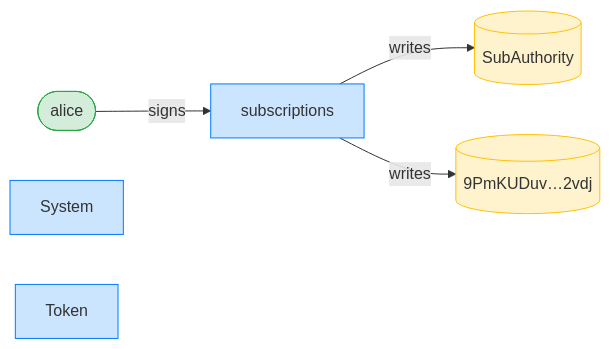
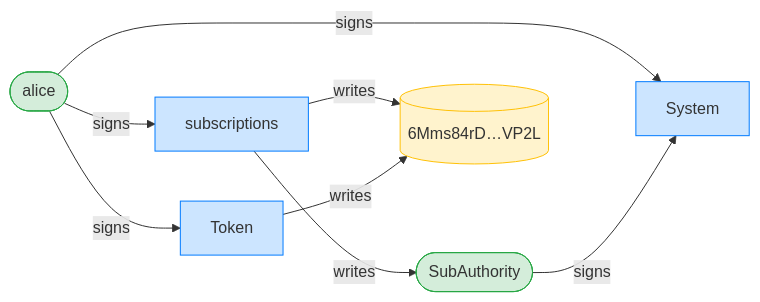
One commit to cds-rs/subscriptions changed the third of 12 diagrams in dsl_tests/a-sponsor-can-revoke-an-expired-fixed-delegation.md. Above: the diagram before and after it, drawn with Mermaid. The commit also changed other lines of this file and 224 other files, not shown here.

````diff
--- a/dsl_tests/a-sponsor-can-revoke-an-expired-fixed-delegation.md
+++ b/dsl_tests/a-sponsor-can-revoke-an-expired-fixed-delegation.md
@@ -53,15 +54,19 @@
 ```mermaid
 flowchart LR
     classDef signer fill:#d4edda,stroke:#28a745;
     classDef program fill:#cce5ff,stroke:#007bff;
     classDef writable fill:#fff3cd,stroke:#ffc107;
     subscriptions[subscriptions]:::program
     alice([alice]):::signer
-    SubAuthority[(SubAuthority)]:::writable
-    9PmKUDuv_2vdj[("9PmKUDuv…2vdj")]:::writable
+    SubAuthority([SubAuthority]):::signer
+    6Mms84rD_VP2L[("6Mms84rD…VP2L")]:::writable
     System[System]:::program
     Token[Token]:::program
     alice -->|signs| subscriptions
+    alice -->|signs| System
+    SubAuthority -->|signs| System
+    alice -->|signs| Token
     subscriptions -->|writes| SubAuthority
-    subscriptions -->|writes| 9PmKUDuv_2vdj
+    subscriptions -->|writes| 6Mms84rD_VP2L
+    Token -->|writes| 6Mms84rD_VP2L
 ```
````
